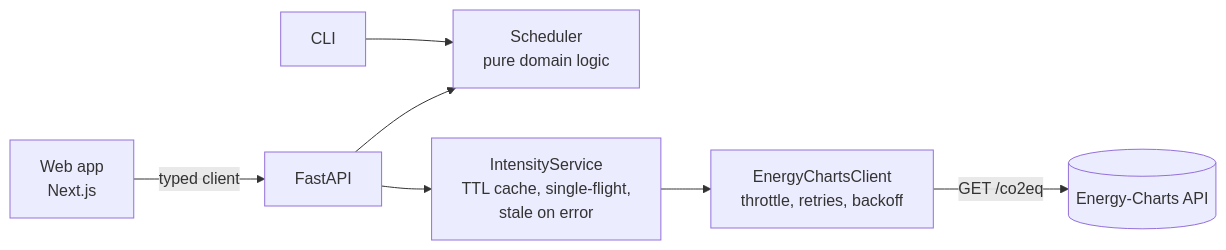
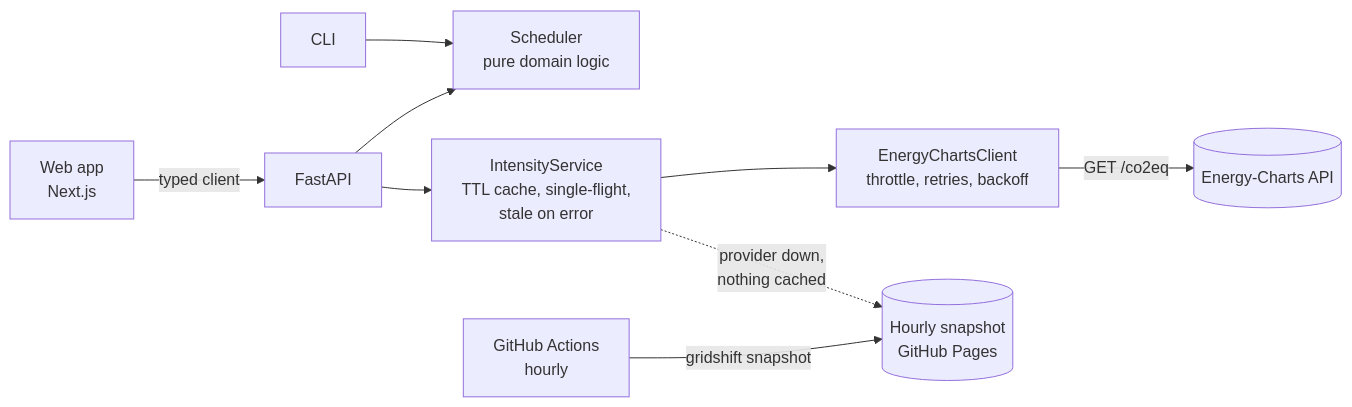
One commit to smymuna/gridshift changed the diagram in README.md. Above: the diagram before and after it, drawn with Mermaid. The commit also changed other lines of this file and 13 other files, not shown here.

First line of the commit message:
API: hourly snapshot fallback that survives restarts

````diff
--- a/README.md
+++ b/README.md
@@ -134,9 +134,11 @@
 ```mermaid
 flowchart LR
     W[Web app<br/>Next.js] -->|typed client| API[FastAPI]
     C[CLI] --> SCH
     API --> S[IntensityService<br/>TTL cache, single-flight,<br/>stale on error]
     S --> EC[EnergyChartsClient<br/>throttle, retries, backoff]
     EC -->|GET /co2eq| EXT[(Energy-Charts API)]
+    S -.->|provider down,<br/>nothing cached| SN[(Hourly snapshot<br/>GitHub Pages)]
+    GA[GitHub Actions<br/>hourly] -->|gridshift snapshot| SN
     API --> SCH[Scheduler<br/>pure domain logic]
 ```
````
